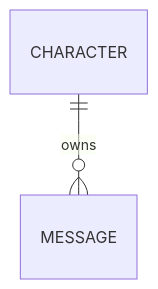
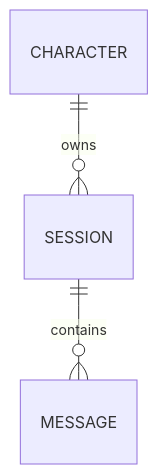
Before and after one commit to pppxxxy/easychat2: the second of 2 diagrams in .monkeycode/docs/专有概念/消息会话.md, drawn with Mermaid. The commit also changed other lines of this file and 7 other files, not shown here.

First line of the commit message:
feat: add session storage model and legacy message migration

````diff
--- a/.monkeycode/docs/专有概念/消息会话.md
+++ b/.monkeycode/docs/专有概念/消息会话.md
@@ -87,4 +99,5 @@
 ```mermaid
 erDiagram
-    CHARACTER ||--o{ MESSAGE : owns
+    CHARACTER ||--o{ SESSION : owns
+    SESSION ||--o{ MESSAGE : contains
 ```
````
